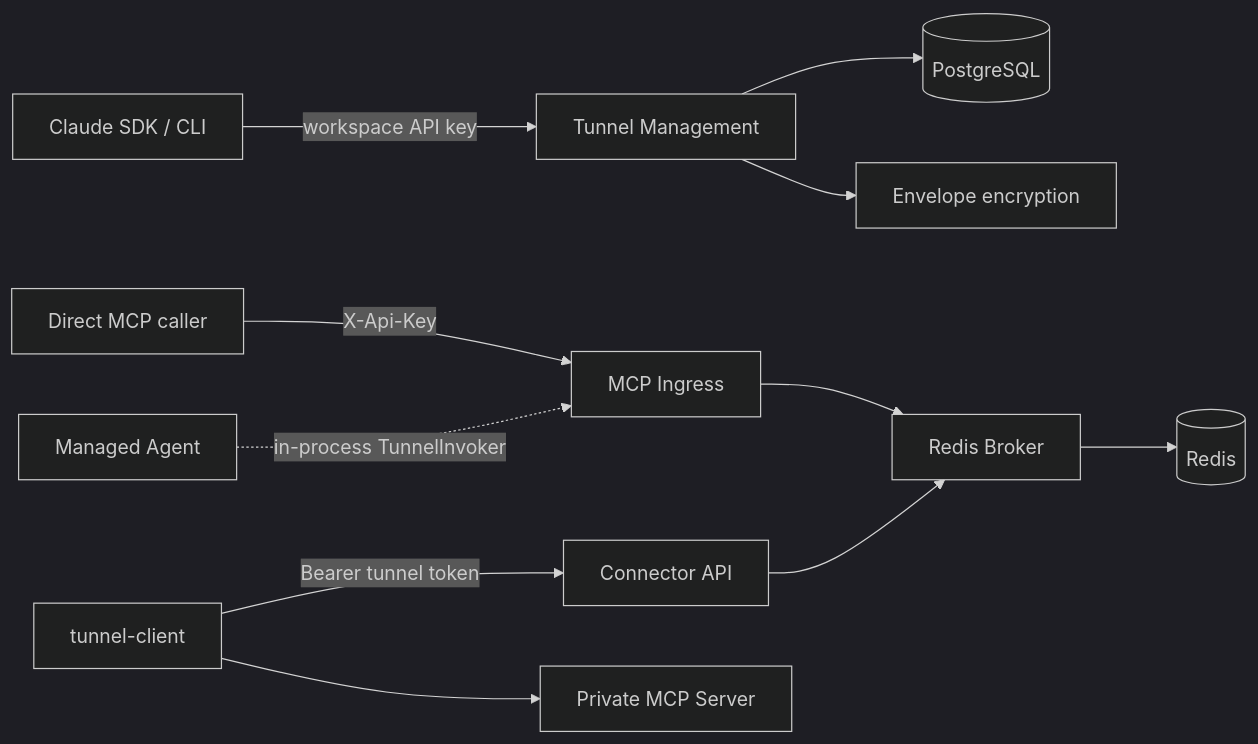
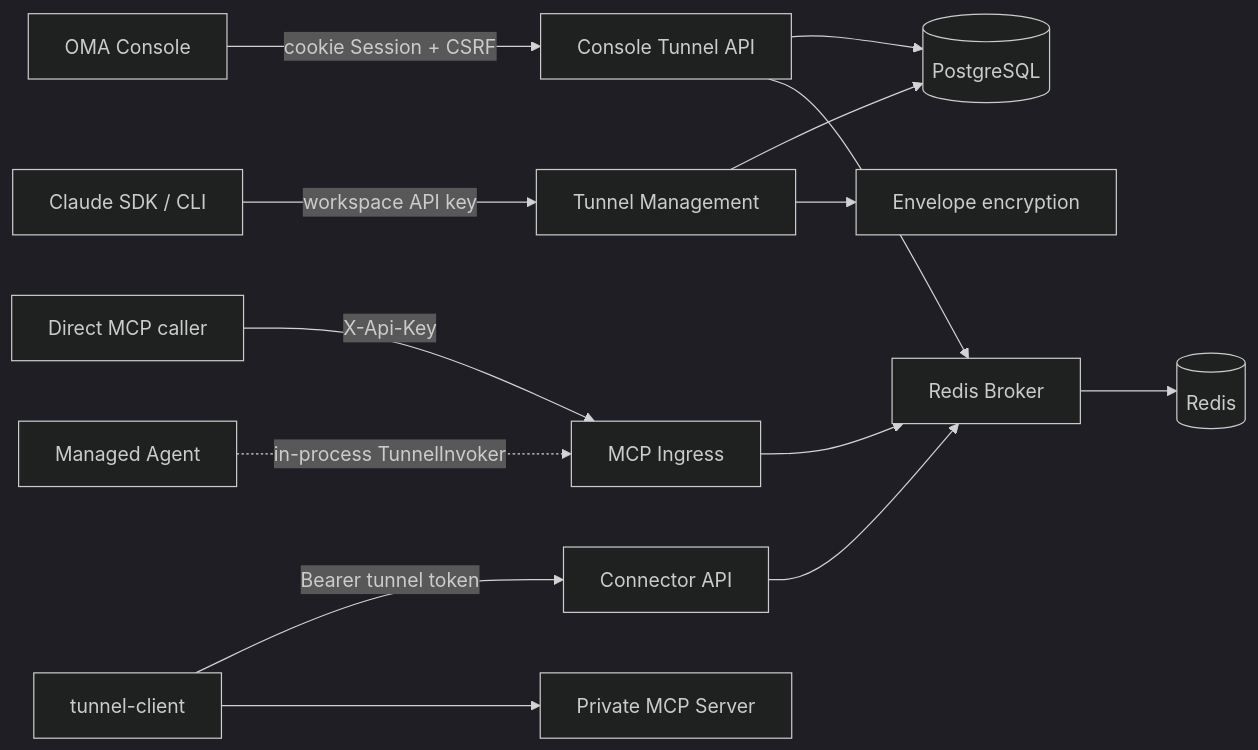
One commit to tangzhenhuang/open-managed-agents changed the first of 2 diagrams in docs/design/be/mcp-tunnels.md. Above: the diagram before and after it, drawn with Mermaid (dark theme). The commit also changed other lines of this file and 30 other files, not shown here.

````diff
--- a/docs/design/be/mcp-tunnels.md
+++ b/docs/design/be/mcp-tunnels.md
@@ -28,13 +28,16 @@
 ```mermaid
 flowchart LR
     SDK[Claude SDK / CLI] -->|workspace API key| Management[Tunnel Management]
+    Web[OMA Console] -->|cookie Session + CSRF| ConsoleAPI[Console Tunnel API]
     Caller[Direct MCP caller] -->|X-Api-Key| Ingress[MCP Ingress]
     Agent[Managed Agent] -. in-process TunnelInvoker .-> Ingress
     Management --> DB[(PostgreSQL)]
+    ConsoleAPI --> DB
+    ConsoleAPI --> Broker
     Management --> Secrets[Envelope encryption]
     Ingress --> Broker[Redis Broker]
     Connector[tunnel-client] -->|Bearer tunnel token| ConnectorAPI[Connector API]
     ConnectorAPI --> Broker
     Broker --> Redis[(Redis)]
     Connector --> PrivateMCP[Private MCP Server]
 ```
````
